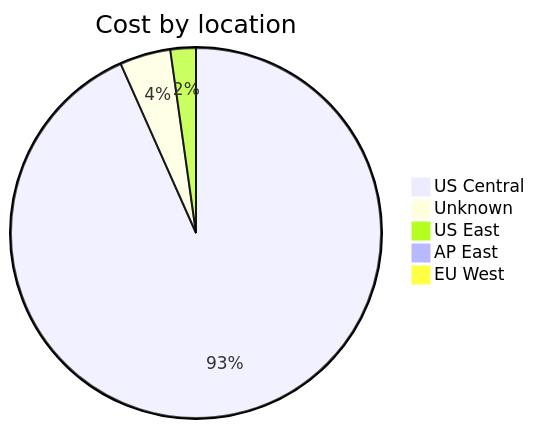
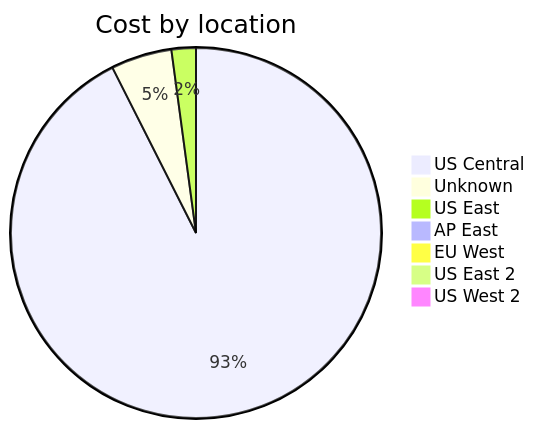
Before and after one commit to jpfulton/azure-personal-reports: the third of 4 diagrams in cost-reports/accumulated-cost.md, drawn with Mermaid. The commit also changed other lines of this file and 4 other files, not shown here.

````diff
--- a/cost-reports/accumulated-cost.md
+++ b/cost-reports/accumulated-cost.md
@@ -117,9 +119,11 @@
 ```mermaid
 pie
    title Cost by location
-   "US Central" : 0.42
-   "Unknown" : 0.02
-   "US East" : 0.01
+   "US Central" : 0.87
+   "Unknown" : 0.05
+   "US East" : 0.02
    "AP East" : 0.00
    "EU West" : 0.00
+   "US East 2" : 0.00
+   "US West 2" : 0.00
 ```
````
